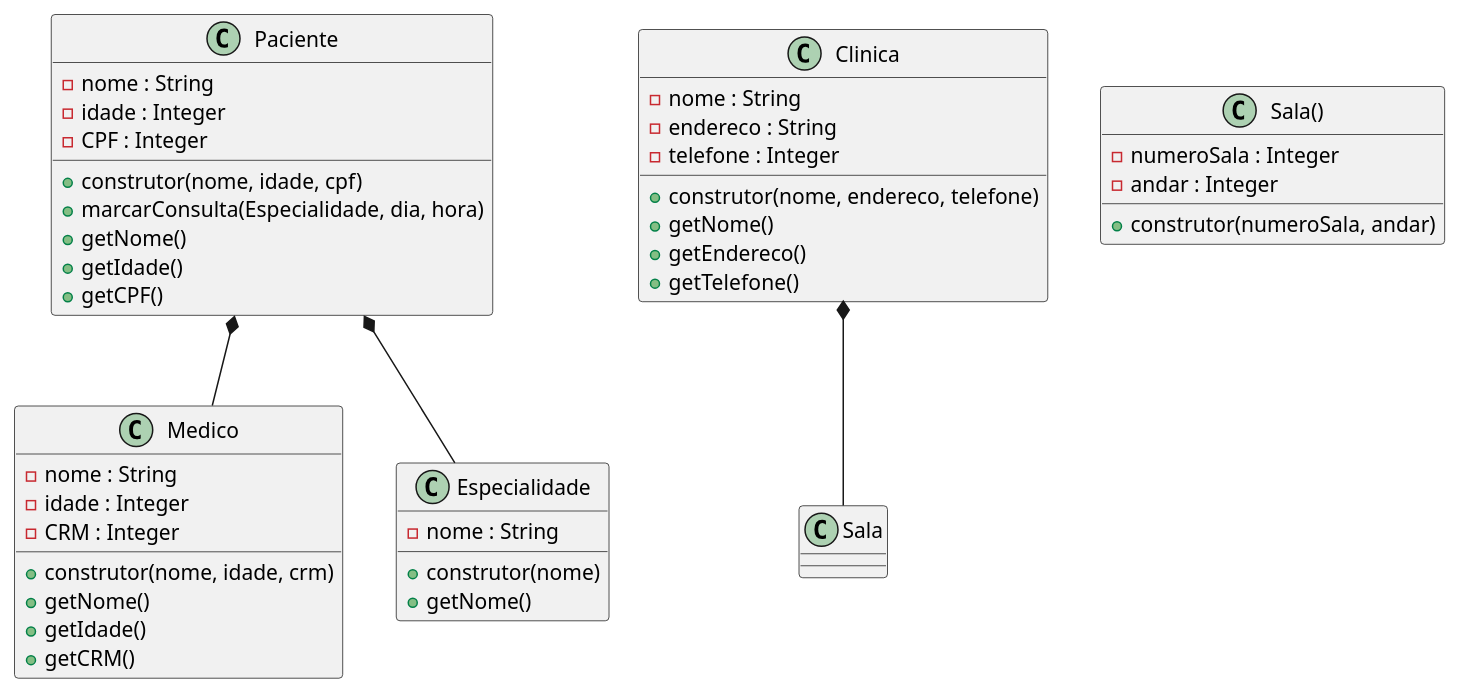
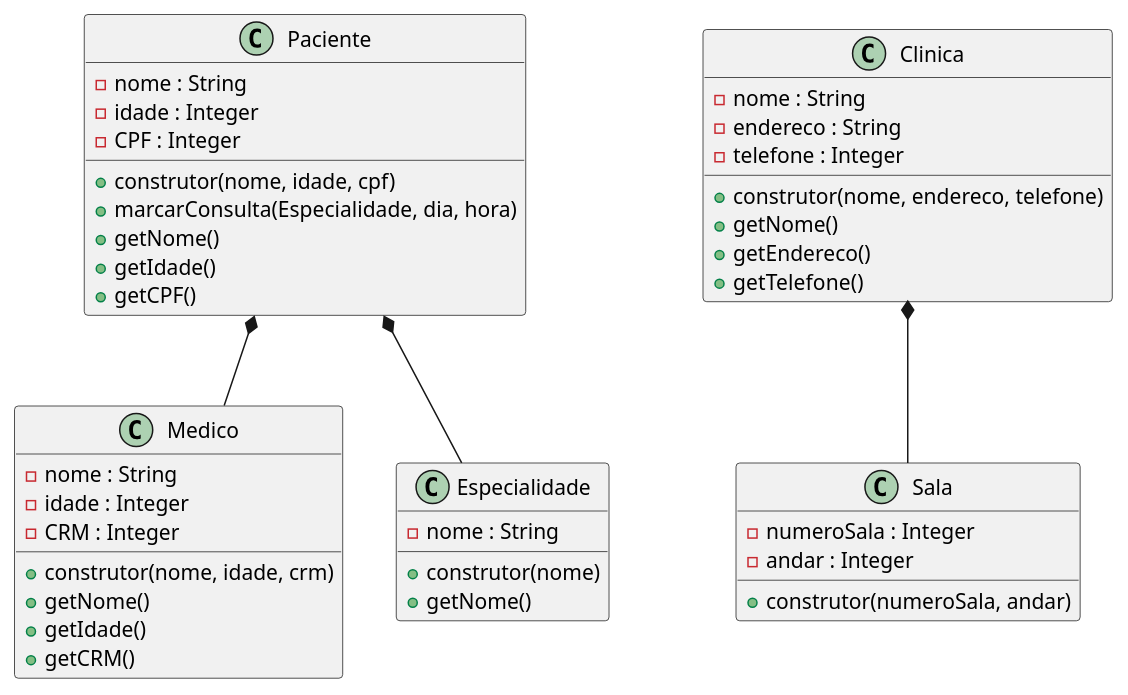
The diagram in diagrama.plantuml (anleaes/2022-1-N2-POO-03), drawn with PlantUML before and after one commit.

Commit message:
ajuste na classe sala

```diff
--- a/diagrama.plantuml
+++ b/diagrama.plantuml
@@ -1,51 +1,51 @@
 @startuml Gerenciamento de Exames Medicos
 
     class Paciente{
         - nome : String
         - idade : Integer
         - CPF : Integer
         + construtor(nome, idade, cpf)
         + marcarConsulta(Especialidade, dia, hora)
         + getNome()
         + getIdade()
         + getCPF()
     }
 
     class Medico{
         - nome : String
         - idade : Integer
         - CRM : Integer
         + construtor(nome, idade, crm)
         + getNome()
         + getIdade()
         + getCRM()
     }
 
     class Especialidade{
         - nome : String
         + construtor(nome)
         + getNome()
     }
 
     class Clinica{
         - nome : String
         - endereco : String
         - telefone : Integer
         + construtor(nome, endereco, telefone)
         + getNome()
         + getEndereco()
         + getTelefone()
     }
 
-    class Sala(){
+    class Sala{
         - numeroSala : Integer
         - andar : Integer
         + construtor(numeroSala, andar)
     }
 
     Paciente *-- Medico
     Paciente *-- Especialidade
 
     Clinica *-- Sala
 
 @enduml
```
